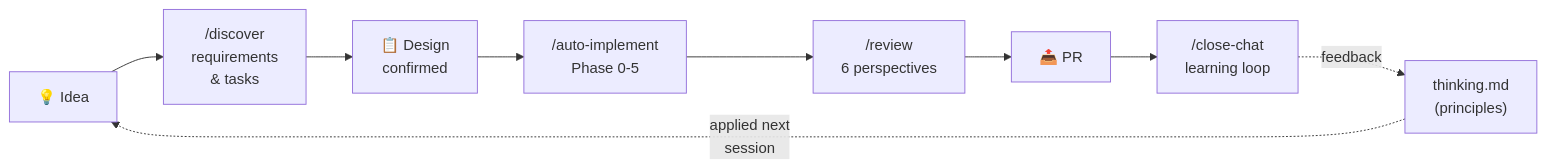
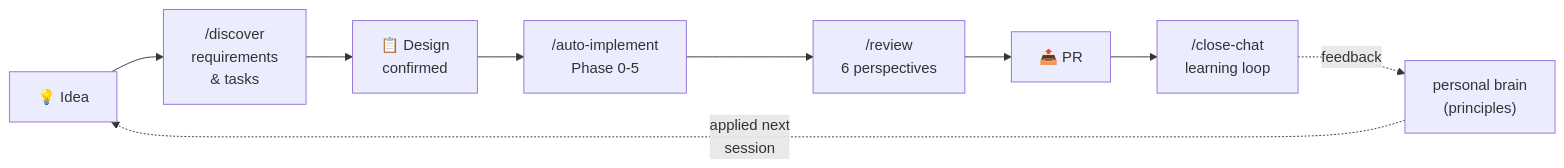
One commit to SideMountain/claude-code-sidekick changed the fourth of 5 diagrams in README.md. Above: the diagram before and after it, drawn with Mermaid. The commit also changed other lines of this file and 1 other file, not shown here.

````diff
--- a/README.md
+++ b/README.md
@@ -278,11 +249,11 @@
 ```mermaid
 flowchart LR
     Idea["💡 Idea"] --> D["/discover<br/>requirements<br/>& tasks"]
     D --> Design["📋 Design<br/>confirmed"]
     Design --> AI["/auto-implement<br/>Phase 0-5"]
     AI --> R["/review<br/>6 perspectives"]
     R --> PR["📤 PR"]
     PR --> CC["/close-chat<br/>learning loop"]
-    CC -.->|"feedback"| TH["thinking.md<br/>(principles)"]
+    CC -.->|"feedback"| TH["personal brain<br/>(principles)"]
     TH -.->|"applied next<br/>session"| Idea
 ```
````
